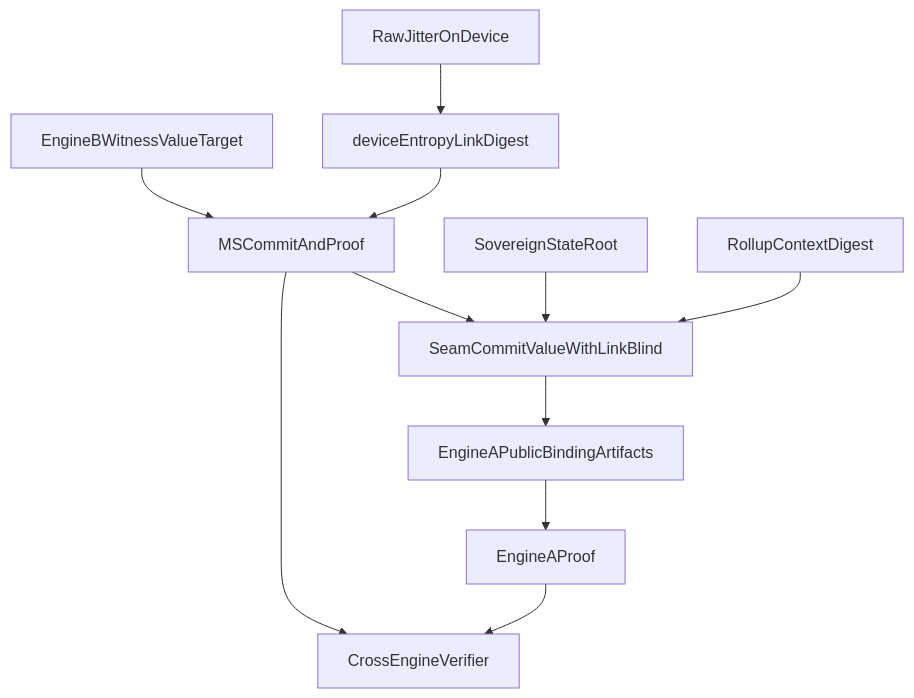
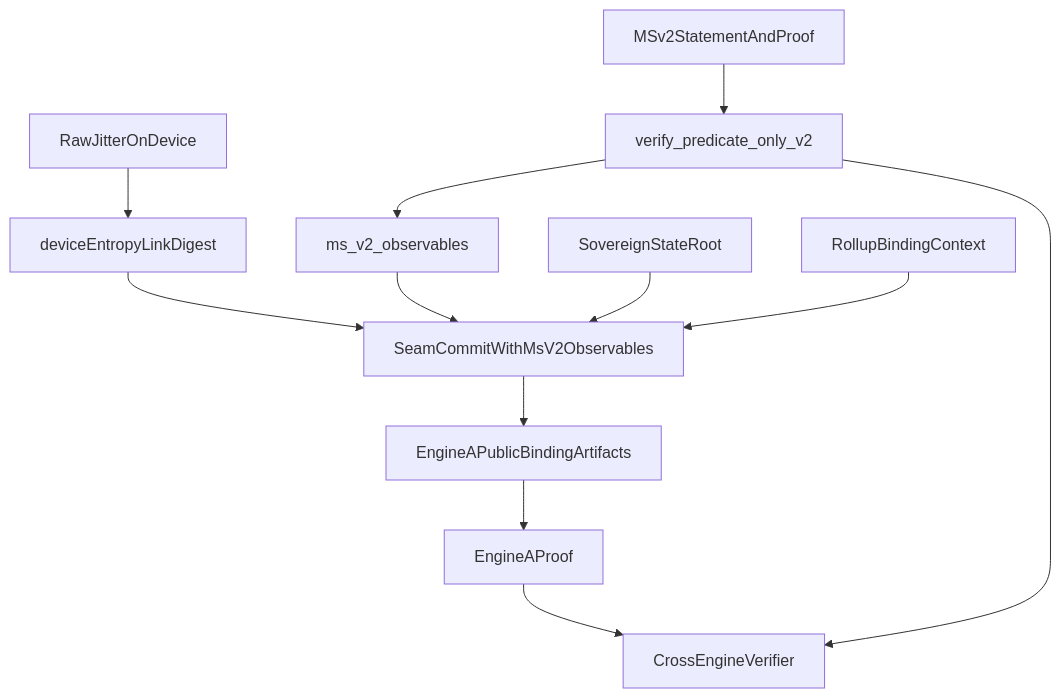
The diagram in docs/02-protocol-specs/l1-l2/engine-b-engine-a-binding-seam.md (peavey2787/qssm-rs), drawn with Mermaid before and after one commit. The commit also changed other lines of this file and 54 other files, not shown here.

````diff
--- a/docs/02-protocol-specs/l1-l2/engine-b-engine-a-binding-seam.md
+++ b/docs/02-protocol-specs/l1-l2/engine-b-engine-a-binding-seam.md
@@ -32,15 +32,15 @@
 ```mermaid
 flowchart TD
     rawEntropy[RawJitterOnDevice] --> linkDigest[deviceEntropyLinkDigest]
-    msWitness[EngineBWitnessValueTarget] --> msCommit[MSCommitAndProof]
-    linkDigest --> msCommit
-
-    msCommit --> seamCommit[SeamCommitValueWithLinkBlind]
+    msV2[MSv2StatementAndProof] --> msVerify[verify_predicate_only_v2]
+    msVerify --> observables[ms_v2_observables]
+    linkDigest --> seamCommit[SeamCommitWithMsV2Observables]
     stateRoot[SovereignStateRoot] --> seamCommit
-    rollupCtx[RollupContextDigest] --> seamCommit
+    observables --> seamCommit
+    rollupCtx[RollupBindingContext] --> seamCommit
 
     seamCommit --> engineAPublic[EngineAPublicBindingArtifacts]
     engineAPublic --> leProof[EngineAProof]
-    msCommit --> seamVerify[CrossEngineVerifier]
+    msVerify --> seamVerify[CrossEngineVerifier]
     leProof --> seamVerify
 ```
````
